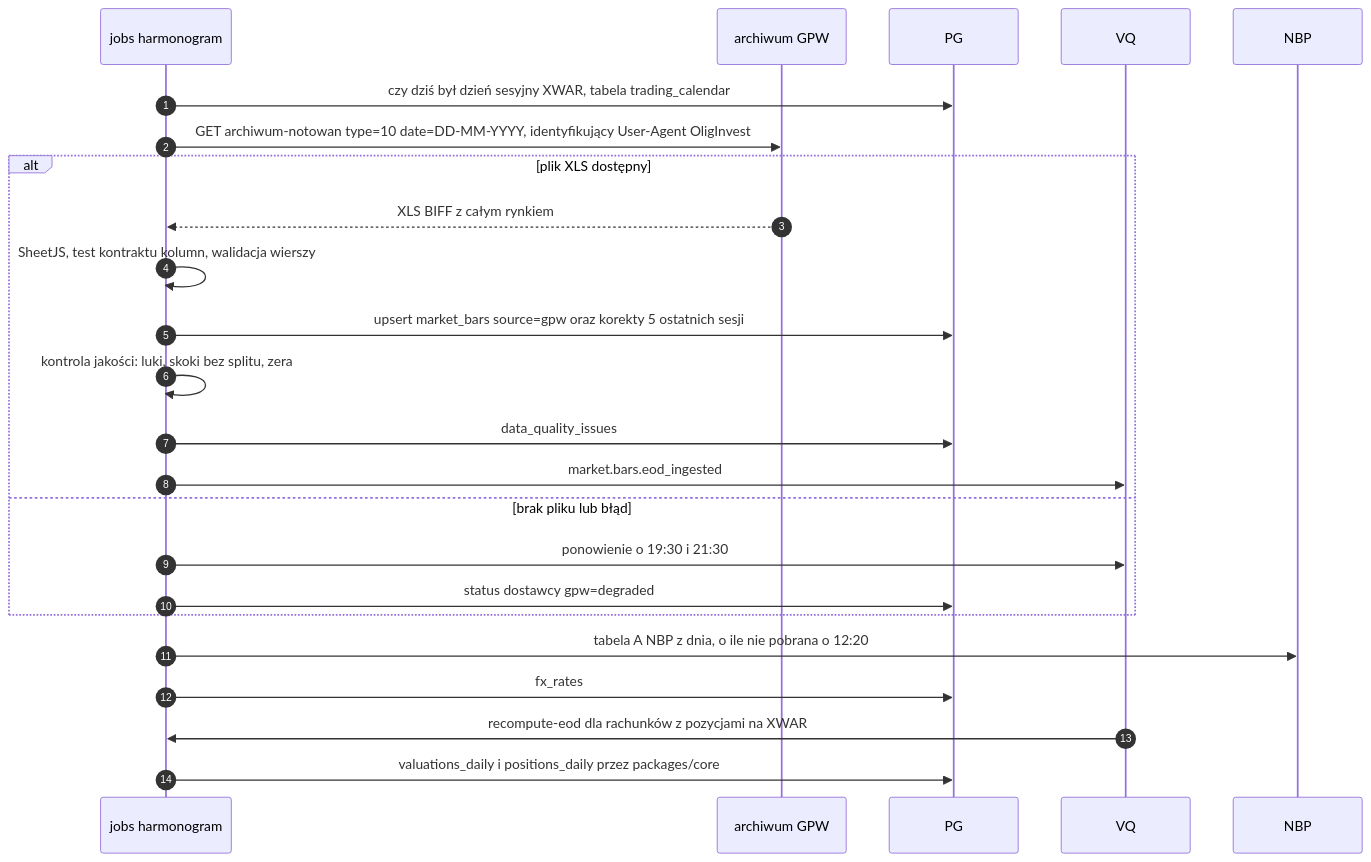
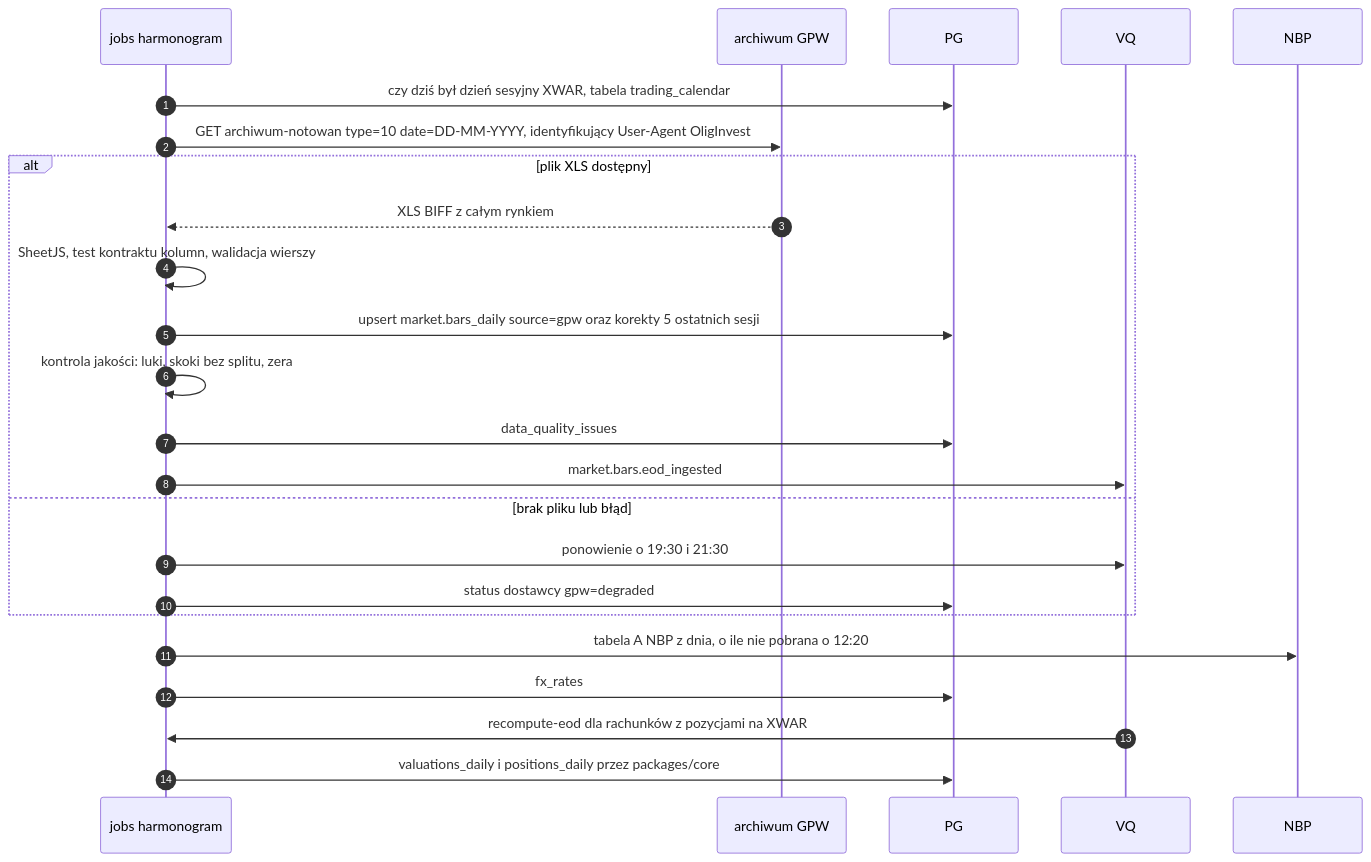
One commit to Ipper18/OligInvest changed the fourth of 11 diagrams in docs/01-architektura/przeplywy-danych.md. Above: the diagram before and after it, drawn with Mermaid. The commit also changed other lines of this file and 35 other files, not shown here.

````diff
--- a/docs/01-architektura/przeplywy-danych.md
+++ b/docs/01-architektura/przeplywy-danych.md
@@ -113,26 +113,26 @@
 ```mermaid
 sequenceDiagram
   autonumber
   participant J as jobs harmonogram
   participant G as archiwum GPW
   participant DB as PG
   participant Q as VQ
   participant N as NBP
   J->>DB: czy dziś był dzień sesyjny XWAR, tabela trading_calendar
   J->>G: GET archiwum-notowan type=10 date=DD-MM-YYYY, identyfikujący User-Agent OligInvest
   alt plik XLS dostępny
     G-->>J: XLS BIFF z całym rynkiem
     J->>J: SheetJS, test kontraktu kolumn, walidacja wierszy
-    J->>DB: upsert market_bars source=gpw oraz korekty 5 ostatnich sesji
+    J->>DB: upsert market.bars_daily source=gpw oraz korekty 5 ostatnich sesji
     J->>J: kontrola jakości: luki, skoki bez splitu, zera
     J->>DB: data_quality_issues
     J->>Q: market.bars.eod_ingested
   else brak pliku lub błąd
     J->>Q: ponowienie o 19:30 i 21:30
     J->>DB: status dostawcy gpw=degraded
   end
   J->>N: tabela A NBP z dnia, o ile nie pobrana o 12:20
   J->>DB: fx_rates
   Q->>J: recompute-eod dla rachunków z pozycjami na XWAR
   J->>DB: valuations_daily i positions_daily przez packages/core
 ```
````
